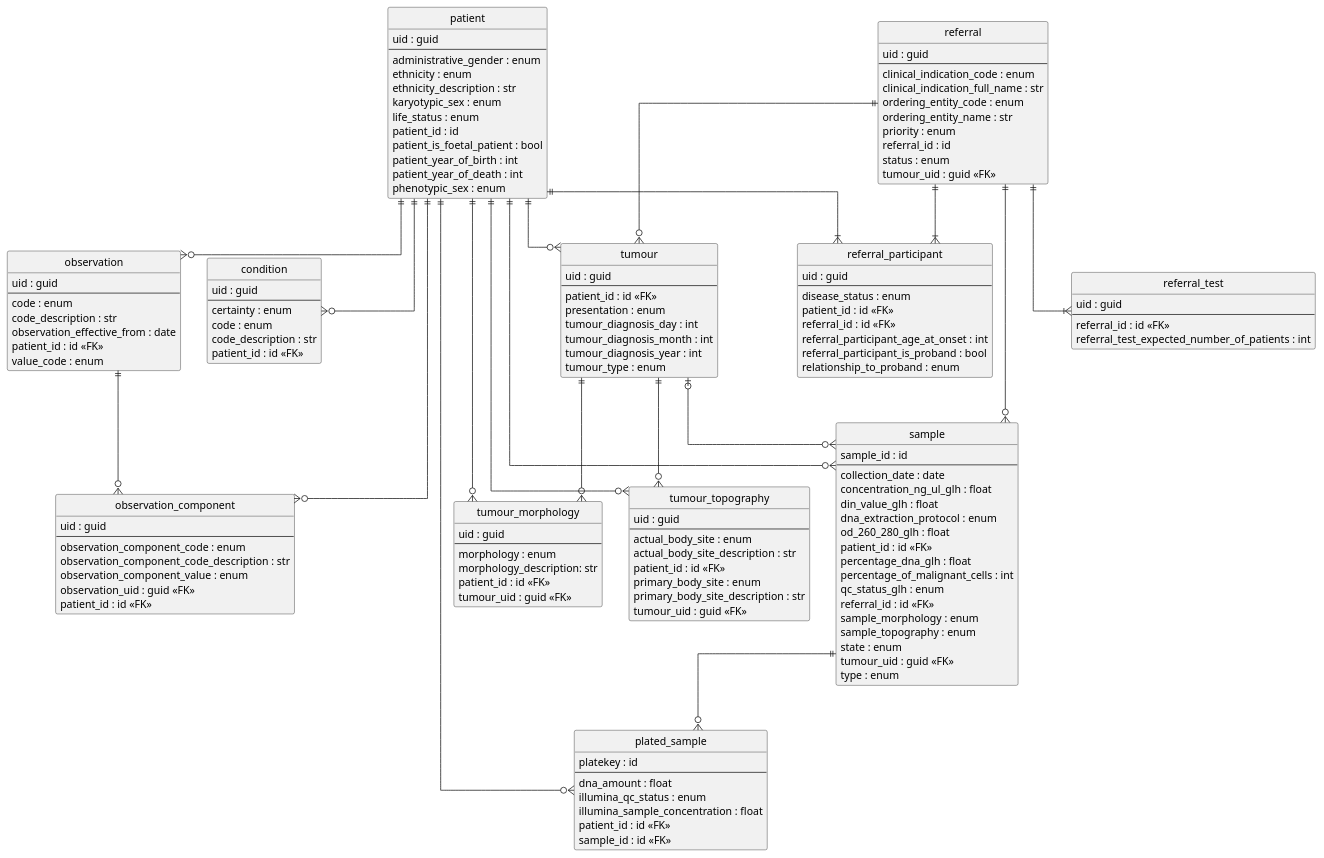
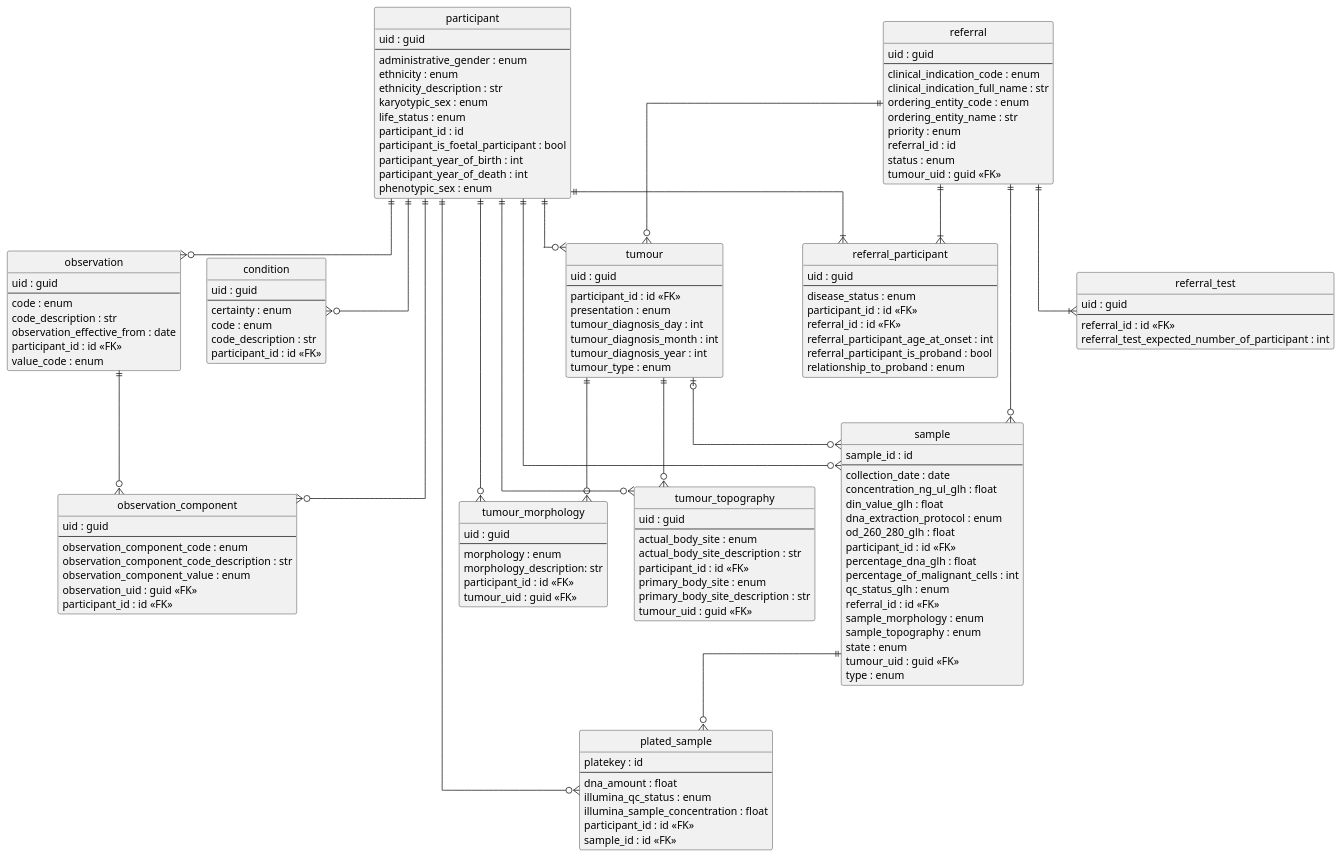
One commit to genomicsengland/gms_rr_data_dictionary changed the diagram in er_diag.plantuml. Above: the diagram before and after it, drawn with PlantUML. The commit also changed 52 other files, not shown here.

```diff
--- a/er_diag.plantuml
+++ b/er_diag.plantuml
@@ -1,168 +1,168 @@
 @startuml
 
 ' hide the spot
 hide circle
 
 ' avoid problems with angled crows feet
 skinparam linetype ortho
 
 ' declare all the entities
 
 entity "condition" {
     uid : guid
     --
     certainty : enum
     code : enum
     code_description : str
-    patient_id : id <<FK>>
+    participant_id : id <<FK>>
 }
 
 entity "observation" {
     uid : guid
     --
     code : enum
     code_description : str
     observation_effective_from : date
-    patient_id : id <<FK>>
+    participant_id : id <<FK>>
     value_code : enum
 }
 
 entity "observation_component" {
     uid : guid
     --
     observation_component_code : enum
     observation_component_code_description : str
     observation_component_value : enum
     observation_uid : guid <<FK>>
-    patient_id : id <<FK>>
+    participant_id : id <<FK>>
 }
 
-entity "patient" {
+entity "participant" {
     uid : guid
     --
     administrative_gender : enum
     ethnicity : enum
     ethnicity_description : str
     karyotypic_sex : enum
     life_status : enum
-    patient_id : id
-    patient_is_foetal_patient : bool
-    patient_year_of_birth : int
-    patient_year_of_death : int
+    participant_id : id
+    participant_is_foetal_participant : bool
+    participant_year_of_birth : int
+    participant_year_of_death : int
     phenotypic_sex : enum
 }
 
 entity "plated_sample" {
     platekey : id
     --
     dna_amount : float
     illumina_qc_status : enum
     illumina_sample_concentration : float
-    patient_id : id <<FK>>
+    participant_id : id <<FK>>
     sample_id : id <<FK>>
 }
 
 entity "referral" {
     uid : guid
     --
     clinical_indication_code : enum
     clinical_indication_full_name : str
     ordering_entity_code : enum
     ordering_entity_name : str
     priority : enum
     referral_id : id
     status : enum
     tumour_uid : guid <<FK>>
 }
 
 entity "referral_participant" {
     uid : guid
     --
     disease_status : enum
-    patient_id : id <<FK>>
+    participant_id : id <<FK>>
     referral_id : id <<FK>>
     referral_participant_age_at_onset : int
     referral_participant_is_proband : bool
     relationship_to_proband : enum
 }
 
 entity "referral_test" {
     uid : guid
     --
     referral_id : id <<FK>>
-    referral_test_expected_number_of_patients : int
+    referral_test_expected_number_of_participant : int
 }
 
 entity "sample" {
     sample_id : id
     --
     collection_date : date
     concentration_ng_ul_glh : float
     din_value_glh : float
     dna_extraction_protocol : enum
     od_260_280_glh : float
-    patient_id : id <<FK>>
+    participant_id : id <<FK>>
     percentage_dna_glh : float
     percentage_of_malignant_cells : int
     qc_status_glh : enum
     referral_id : id <<FK>>
     sample_morphology : enum
     sample_topography : enum
     state : enum
     tumour_uid : guid <<FK>>
     type : enum
 }
 
 entity "tumour" {
     uid : guid
     --
-    patient_id : id <<FK>>
+    participant_id : id <<FK>>
     presentation : enum
     tumour_diagnosis_day : int
     tumour_diagnosis_month : int
     tumour_diagnosis_year : int
     tumour_type : enum
 }
 
 entity "tumour_morphology" {
     uid : guid
     --
     morphology : enum
     morphology_description: str
-    patient_id : id <<FK>>
+    participant_id : id <<FK>>
     tumour_uid : guid <<FK>>
 }
 
 entity "tumour_topography" {
     uid : guid
     --
     actual_body_site : enum
     actual_body_site_description : str
-    patient_id : id <<FK>>
+    participant_id : id <<FK>>
     primary_body_site : enum
     primary_body_site_description : str
     tumour_uid : guid <<FK>>
 }
 
 ' declare the relationships
 
-patient ||--o{ condition
-patient ||--o{ observation
-patient ||--o{ observation_component
-patient ||--o{ plated_sample
-patient ||--o{ sample
-patient ||--|{ referral_participant
-patient ||--o{ tumour
-patient ||--o{ tumour_morphology
-patient ||--o{ tumour_topography
+participant ||--o{ condition
+participant ||--o{ observation
+participant ||--o{ observation_component
+participant ||--o{ plated_sample
+participant ||--o{ sample
+participant ||--|{ referral_participant
+participant ||--o{ tumour
+participant ||--o{ tumour_morphology
+participant ||--o{ tumour_topography
 observation ||--o{ observation_component
 tumour ||--o{ tumour_morphology
 tumour ||--o{ tumour_topography
 tumour |o--o{ sample
 sample ||--o{ plated_sample
 referral ||--o{ tumour
 referral ||--|{ referral_participant
 referral ||--|{ referral_test
 referral ||--o{ sample
 
 @enduml
```
